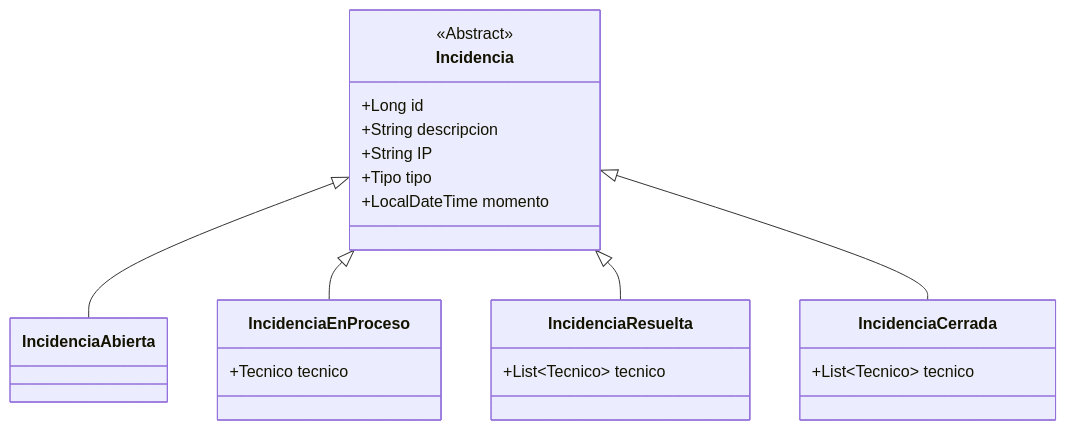
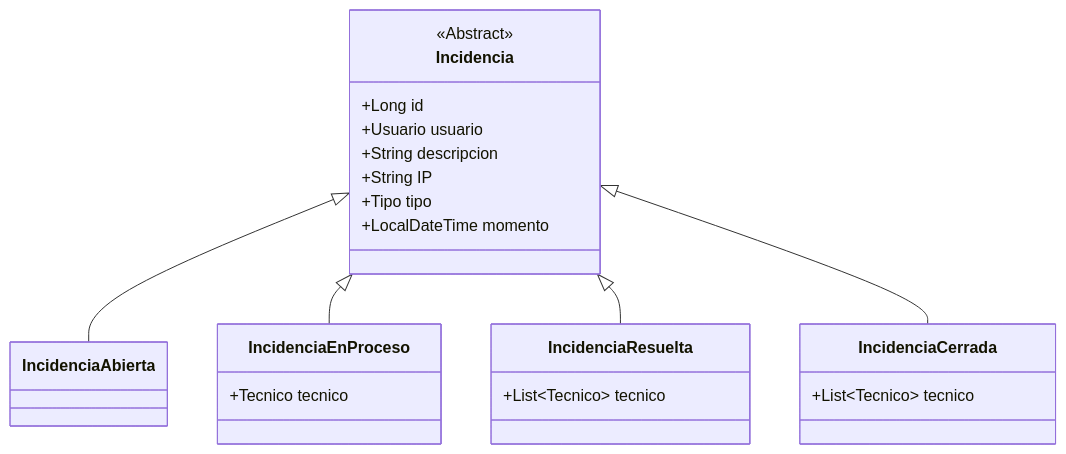
One commit to antonTeis2025/Proyecto-2-Trimestre changed the second of 2 diagrams in README.md. Above: the diagram before and after it, drawn with Mermaid. The commit also changed 4 other files, not shown here.

````diff
--- a/README.md
+++ b/README.md
@@ -56,36 +56,37 @@
 ```mermaid
 classDiagram
     direction TB
 
     %% Clase abstracta
     class Incidencia {
         <<Abstract>>
         +Long id
+        +Usuario usuario
         +String descripcion
         +String IP
         +Tipo tipo
         +LocalDateTime momento
     }
 
     %% Subclases
     class IncidenciaAbierta {
     }
 
     class IncidenciaEnProceso {
         +Tecnico tecnico
     }
 
     class IncidenciaResuelta {
         +List~Tecnico~ tecnico
     }
 
     class IncidenciaCerrada {
         +List~Tecnico~ tecnico
     }
 
     %% Herencia
     Incidencia <|-- IncidenciaAbierta
     Incidencia <|-- IncidenciaEnProceso
     Incidencia <|-- IncidenciaResuelta
     Incidencia <|-- IncidenciaCerrada
 ```
````
